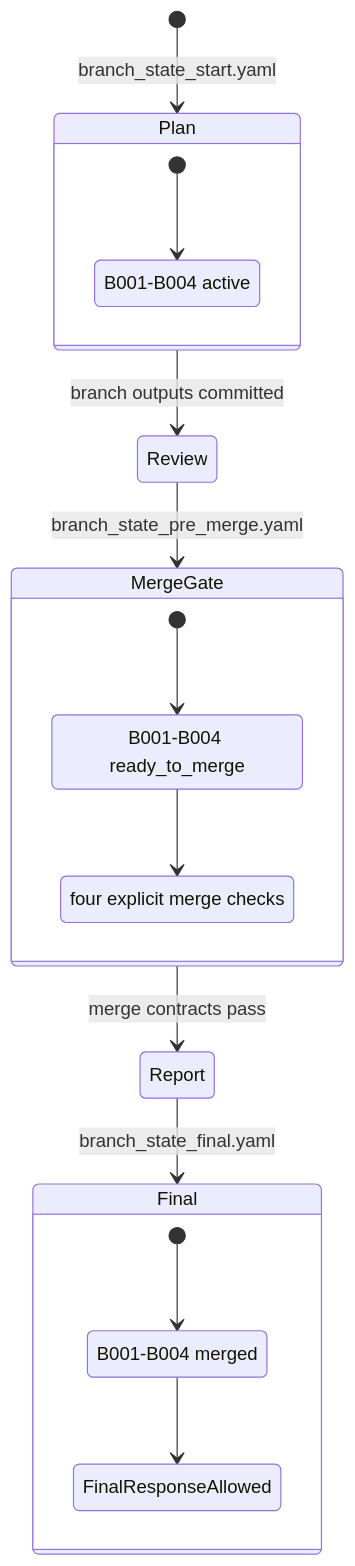
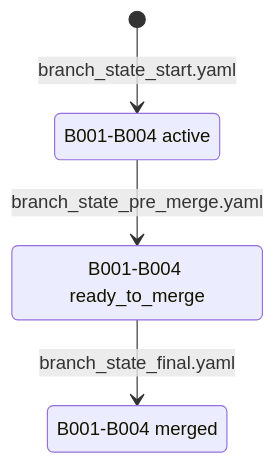
One commit to Fly-Carrot/BranchOS changed the second of 3 diagrams in docs/branchos_visual_report.md. Above: the diagram before and after it, drawn with Mermaid. The commit also changed other lines of this file and 13 other files, not shown here.

````diff
--- a/docs/branchos_visual_report.md
+++ b/docs/branchos_visual_report.md
@@ -72,26 +60,10 @@
 ```mermaid
 stateDiagram-v2
     [*] --> Plan: branch_state_start.yaml
-    Plan --> Review: branch outputs committed
-    Review --> MergeGate: branch_state_pre_merge.yaml
-    MergeGate --> Report: merge contracts pass
-    Report --> Final: branch_state_final.yaml
+    Plan --> MergeGate: branch_state_pre_merge.yaml
+    MergeGate --> Final: branch_state_final.yaml
 
-    state Plan {
-      [*] --> ActiveBranches
-      ActiveBranches: B001-B004 active
-    }
-
-    state MergeGate {
-      [*] --> ReadyToMerge
-      ReadyToMerge: B001-B004 ready_to_merge
-      ReadyToMerge --> MergeQueue
-      MergeQueue: four explicit merge checks
-    }
-
-    state Final {
-      [*] --> MergedBranches
-      MergedBranches: B001-B004 merged
-      MergedBranches --> FinalResponseAllowed
-    }
+    Plan: B001-B004 active
+    MergeGate: B001-B004 ready_to_merge
+    Final: B001-B004 merged
 ```
````
